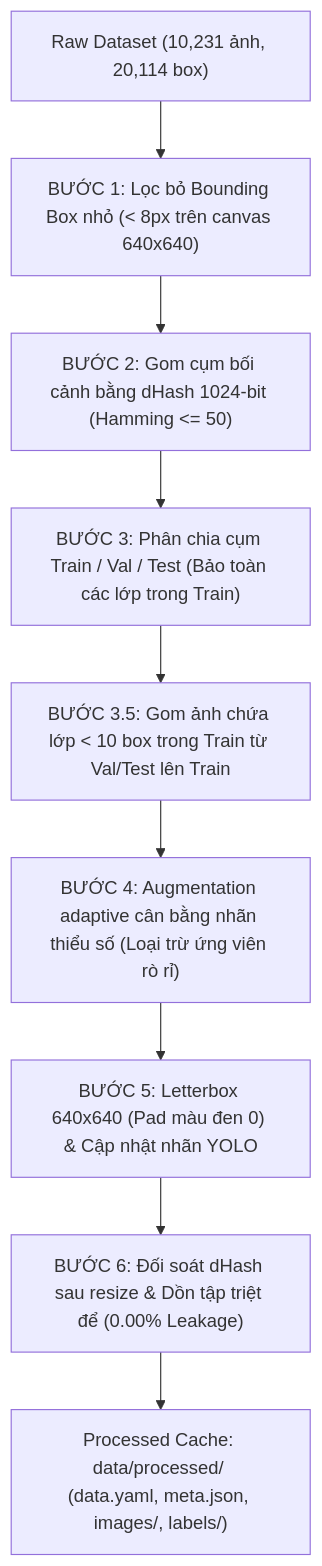
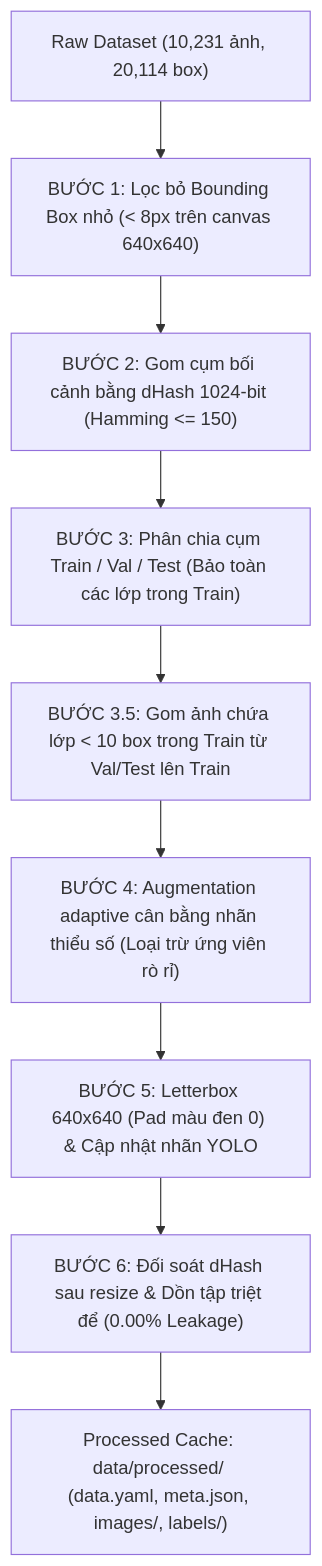
The diagram in docs/DATA_ANALYSIS_AND_PREPROCESSING.md (ThanhBinh2006/VN-TSD-Voice-Alert), drawn with Mermaid before and after one commit. The commit also changed other lines of this file and 31 other files, not shown here.

````diff
--- a/docs/DATA_ANALYSIS_AND_PREPROCESSING.md
+++ b/docs/DATA_ANALYSIS_AND_PREPROCESSING.md
@@ -59,11 +59,11 @@
 ```mermaid
 flowchart TD
     A["Raw Dataset (10,231 ảnh, 20,114 box)"] --> B["BƯỚC 1: Lọc bỏ Bounding Box nhỏ (< 8px trên canvas 640x640)"]
-    B --> C["BƯỚC 2: Gom cụm bối cảnh bằng dHash 1024-bit (Hamming <= 50)"]
+    B --> C["BƯỚC 2: Gom cụm bối cảnh bằng dHash 1024-bit (Hamming <= 150)"]
     C --> D["BƯỚC 3: Phân chia cụm Train / Val / Test (Bảo toàn các lớp trong Train)"]
     D --> D2["BƯỚC 3.5: Gom ảnh chứa lớp < 10 box trong Train từ Val/Test lên Train"]
     D2 --> E["BƯỚC 4: Augmentation adaptive cân bằng nhãn thiểu số (Loại trừ ứng viên rò rỉ)"]
     E --> F["BƯỚC 5: Letterbox 640x640 (Pad màu đen 0) & Cập nhật nhãn YOLO"]
     F --> G["BƯỚC 6: Đối soát dHash sau resize & Dồn tập triệt để (0.00% Leakage)"]
     G --> H["Processed Cache: data/processed/ (data.yaml, meta.json, images/, labels/)"]
 ```
````
